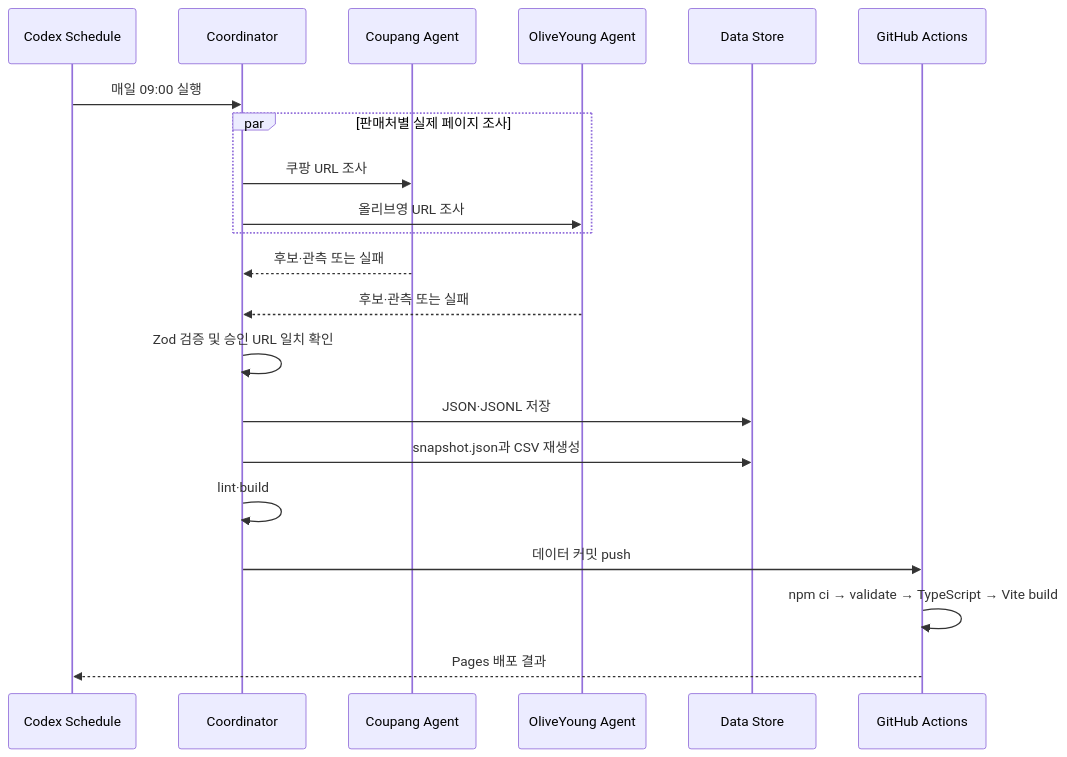
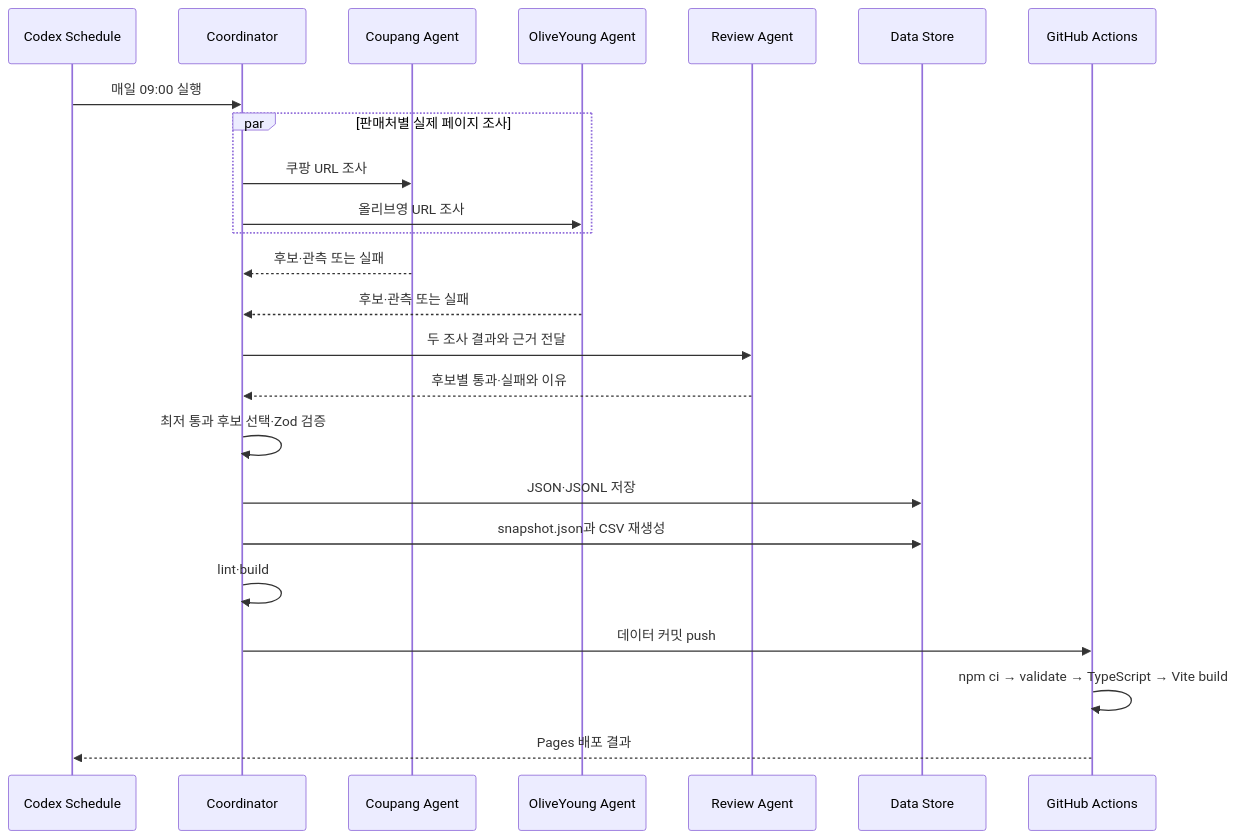
The third of 3 diagrams in ARCHITECTURE.md (euisuk-chung/cheap-product-looker), drawn with Mermaid before and after one commit. The commit also changed other lines of this file and 13 other files, not shown here.

````diff
--- a/ARCHITECTURE.md
+++ b/ARCHITECTURE.md
@@ -167,24 +167,27 @@
 ```mermaid
 sequenceDiagram
     participant S as Codex Schedule
     participant C as Coordinator
     participant CA as Coupang Agent
     participant OA as OliveYoung Agent
+    participant R as Review Agent
     participant D as Data Store
     participant G as GitHub Actions
 
     S->>C: 매일 09:00 실행
     par 판매처별 실제 페이지 조사
         C->>CA: 쿠팡 URL 조사
         C->>OA: 올리브영 URL 조사
     end
     CA-->>C: 후보·관측 또는 실패
     OA-->>C: 후보·관측 또는 실패
-    C->>C: Zod 검증 및 승인 URL 일치 확인
+    C->>R: 두 조사 결과와 근거 전달
+    R-->>C: 후보별 통과·실패와 이유
+    C->>C: 최저 통과 후보 선택·Zod 검증
     C->>D: JSON·JSONL 저장
     C->>D: snapshot.json과 CSV 재생성
     C->>C: lint·build
     C->>G: 데이터 커밋 push
     G->>G: npm ci → validate → TypeScript → Vite build
     G-->>S: Pages 배포 결과
 ```
````
